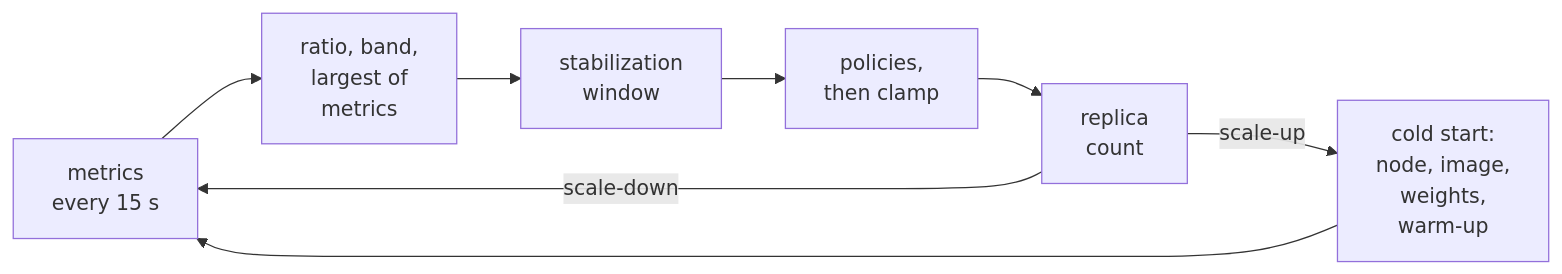
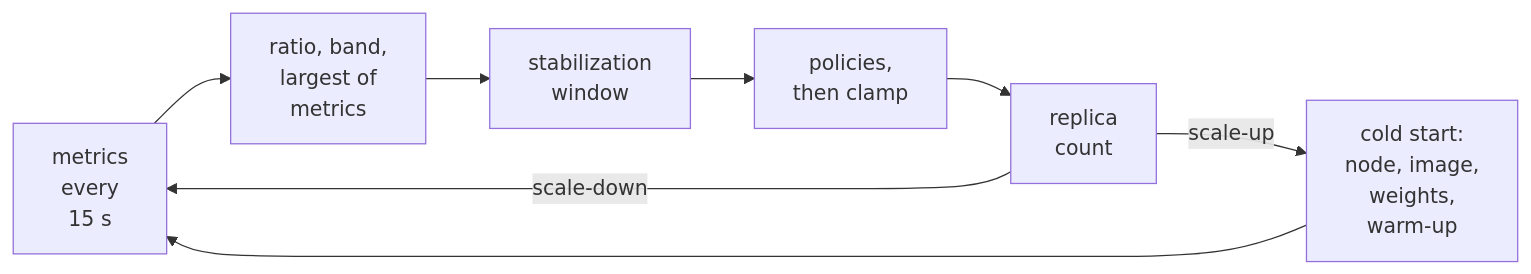
The second of 3 diagrams in 05-orchestrator/serving-orchestration/PRIMER.md (aniryou/full-stack-agentic-engineer), drawn with Mermaid before and after one commit. The commit also changed other lines of this file and 105 other files, not shown here.

````diff
--- a/05-orchestrator/serving-orchestration/PRIMER.md
+++ b/05-orchestrator/serving-orchestration/PRIMER.md
@@ -462,10 +462,10 @@
 ```mermaid
 flowchart LR
-    M["metrics<br/>every 15 s"] --> R["ratio, band,<br/>largest of<br/>metrics"]
+    M["metrics<br/>every<br/>15 s"] --> R["ratio, band,<br/>largest of<br/>metrics"]
     R --> S["stabilization<br/>window"]
     S --> P["policies,<br/>then clamp"]
     P --> N["replica<br/>count"]
     N -- "scale-up" --> K["cold start:<br/>node, image,<br/>weights,<br/>warm-up"]
     K --> M
     N -- "scale-down" --> M
 ```
````
